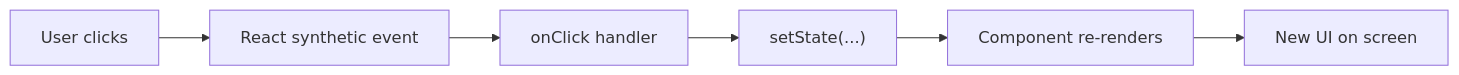
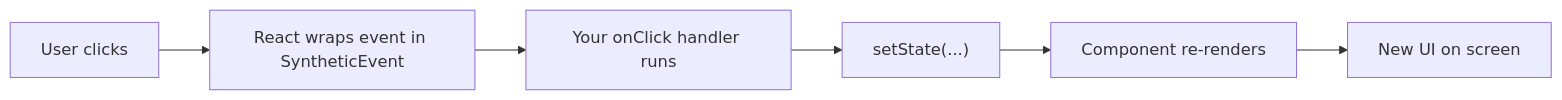
One commit to BabaScience/react-guides changed the seventh of 10 diagrams in arguments/chapters/01-fundamentals.md. Above: the diagram before and after it, drawn with Mermaid. The commit also changed other lines of this file and 46 other files, not shown here.

````diff
--- a/arguments/chapters/01-fundamentals.md
+++ b/arguments/chapters/01-fundamentals.md
@@ -585,8 +778,8 @@
 ```mermaid
 graph LR
-    User[User clicks] --> Synth[React synthetic event]
-    Synth --> Handler[onClick handler]
+    User[User clicks] --> Synth[React wraps event in SyntheticEvent]
+    Synth --> Handler[Your onClick handler runs]
     Handler --> SetState["setState(...)"]
     SetState --> Rerender[Component re-renders]
     Rerender --> UI[New UI on screen]
 ```
````
